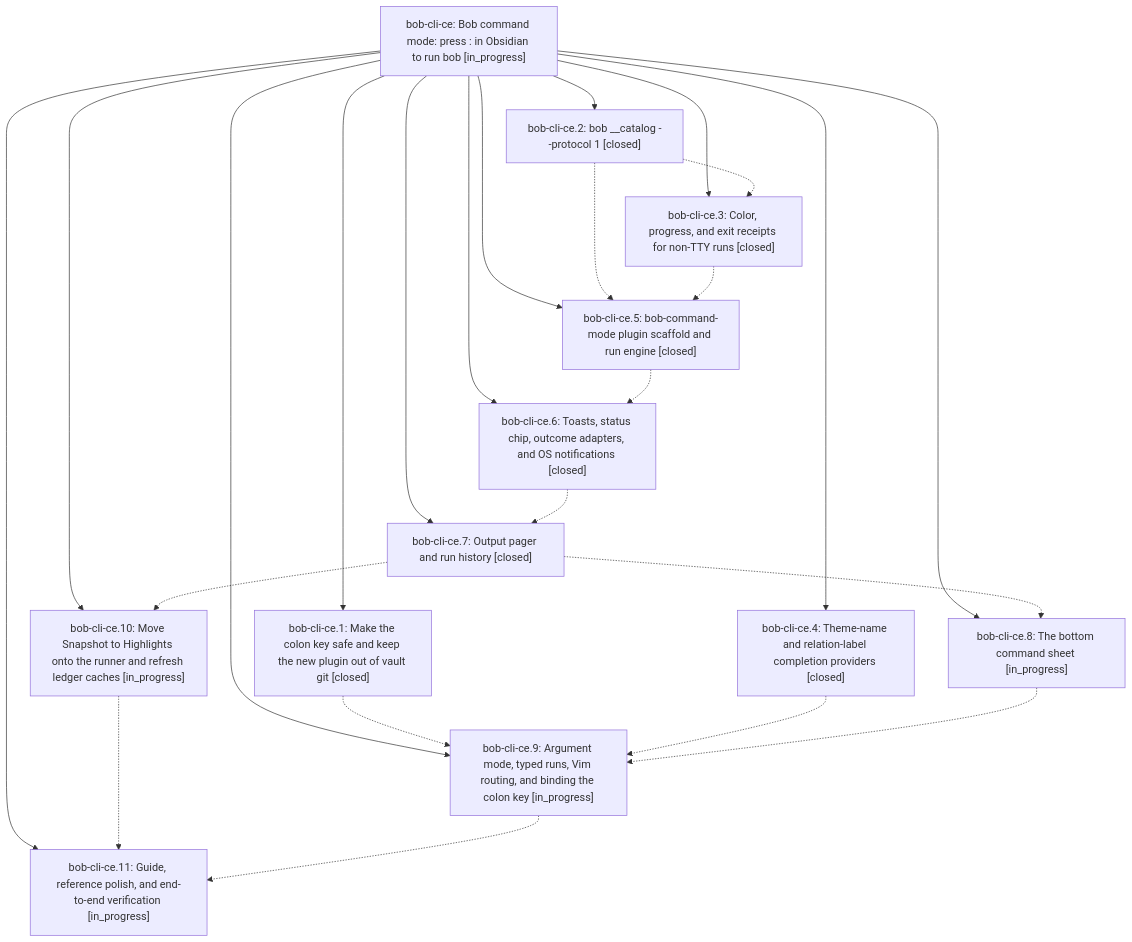
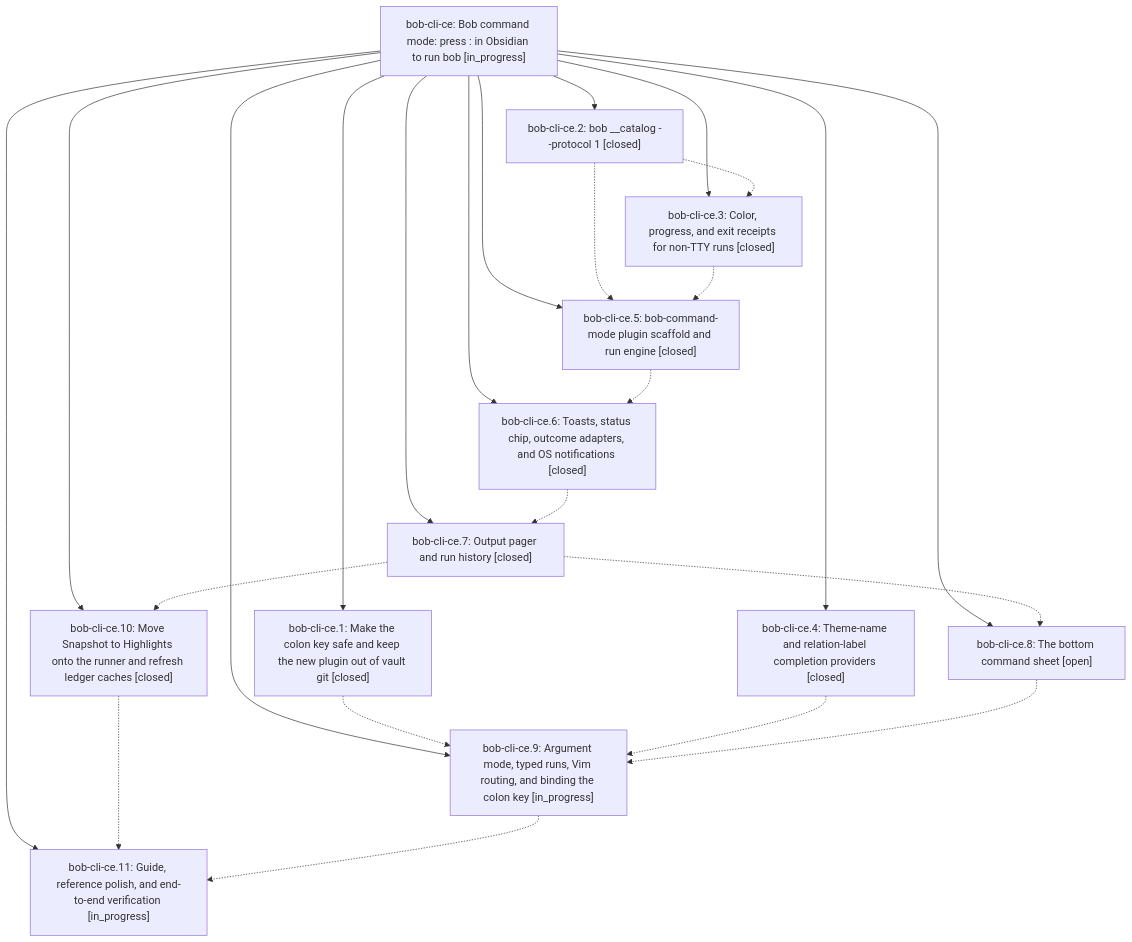
Before and after one commit to bobs-org/bob-cli--beads: the diagram in pages/bob-cli-ce/README.md, drawn with Mermaid. The commit also changed other lines of this file and 5 other files, not shown here.

First line of the commit message:
chore(beads): sync bead state and pages for bob-cli-ce

````diff
--- a/pages/bob-cli-ce/README.md
+++ b/pages/bob-cli-ce/README.md
@@ -44,38 +46,38 @@
 ```mermaid
 flowchart TD
     n0["bob-cli-ce: Bob command mode: press : in Obsidian to run bob [in_progress]"]
     n1["bob-cli-ce.1: Make the colon key safe and keep the new plugin out of vault git [closed]"]
-    n2["bob-cli-ce.10: Move Snapshot to Highlights onto the runner and refresh ledger caches [in_progress]"]
+    n2["bob-cli-ce.10: Move Snapshot to Highlights onto the runner and refresh ledger caches [closed]"]
     n3["bob-cli-ce.11: Guide, reference polish, and end-to-end verification [in_progress]"]
     n4["bob-cli-ce.2: bob __catalog --protocol 1 [closed]"]
     n5["bob-cli-ce.3: Color, progress, and exit receipts for non-TTY runs [closed]"]
     n6["bob-cli-ce.4: Theme-name and relation-label completion providers [closed]"]
     n7["bob-cli-ce.5: bob-command-mode plugin scaffold and run engine [closed]"]
     n8["bob-cli-ce.6: Toasts, status chip, outcome adapters, and OS notifications [closed]"]
     n9["bob-cli-ce.7: Output pager and run history [closed]"]
-    n10["bob-cli-ce.8: The bottom command sheet [in_progress]"]
+    n10["bob-cli-ce.8: The bottom command sheet [open]"]
     n11["bob-cli-ce.9: Argument mode, typed runs, Vim routing, and binding the colon key [in_progress]"]
     n0 --> n1
     n0 --> n2
     n0 --> n3
     n0 --> n4
     n0 --> n5
     n0 --> n6
     n0 --> n7
     n0 --> n8
     n0 --> n9
     n0 --> n10
     n0 --> n11
     n1 -.-> n11
     n2 -.-> n3
     n4 -.-> n5
     n4 -.-> n7
     n5 -.-> n7
     n6 -.-> n11
     n7 -.-> n8
     n8 -.-> n9
     n9 -.-> n2
     n9 -.-> n10
     n10 -.-> n11
     n11 -.-> n3
 ```
````
